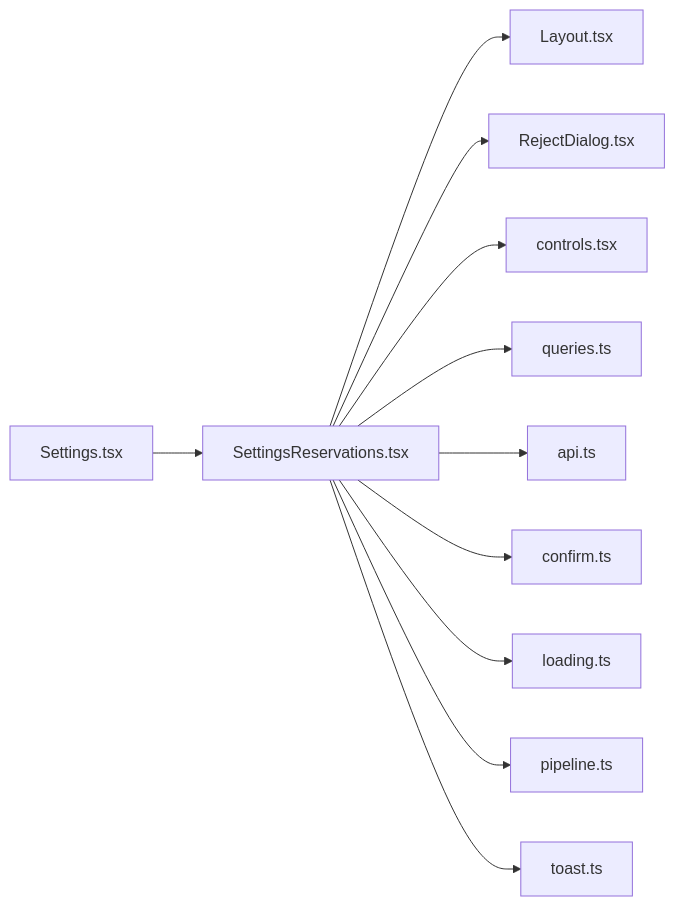
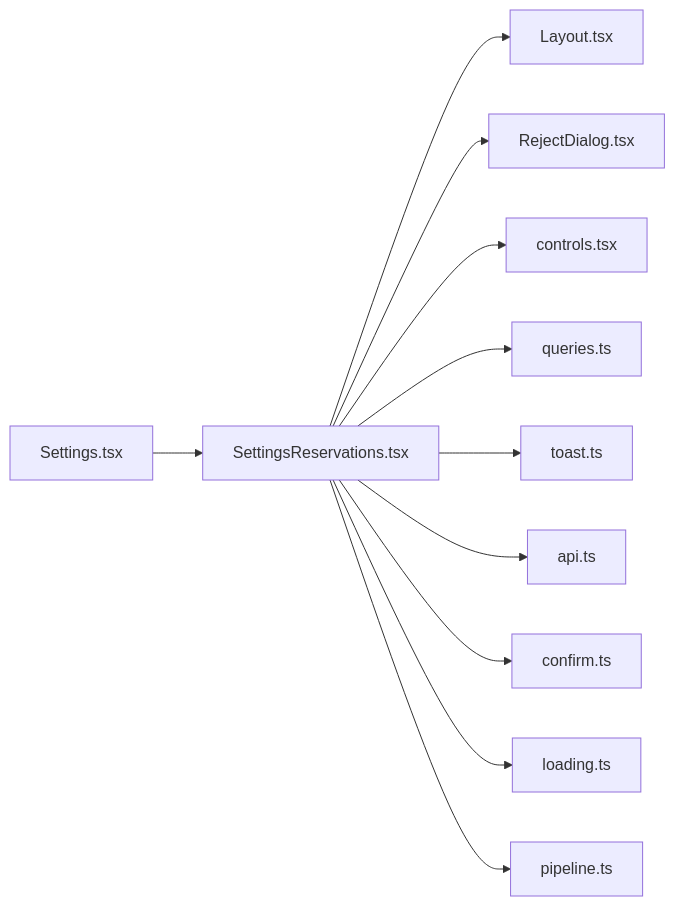
Before and after one commit to minkong-dev/Banblit: the diagram in .cluedoc/graph/frontend/src/routes/SettingsReservations.md, drawn with Mermaid. The commit also changed other lines of this file and 47 other files, not shown here.

Commit message:
frontend: move toast into components

````diff
--- a/.cluedoc/graph/frontend/src/routes/SettingsReservations.md
+++ b/.cluedoc/graph/frontend/src/routes/SettingsReservations.md
@@ -10,14 +10,14 @@
 ```mermaid
 flowchart LR
   frontend_src_routes_SettingsReservations["SettingsReservations.tsx"]
   frontend_src_routes_SettingsReservations --> frontend_src_components_Layout["Layout.tsx"]
   frontend_src_routes_SettingsReservations --> frontend_src_components_RejectDialog["RejectDialog.tsx"]
   frontend_src_routes_SettingsReservations --> frontend_src_components_controls["controls.tsx"]
   frontend_src_routes_SettingsReservations --> frontend_src_components_queries["queries.ts"]
+  frontend_src_routes_SettingsReservations --> frontend_src_components_toast["toast.ts"]
   frontend_src_routes_SettingsReservations --> frontend_src_lib_api["api.ts"]
   frontend_src_routes_SettingsReservations --> frontend_src_lib_confirm["confirm.ts"]
   frontend_src_routes_SettingsReservations --> frontend_src_lib_loading["loading.ts"]
   frontend_src_routes_SettingsReservations --> frontend_src_lib_pipeline["pipeline.ts"]
-  frontend_src_routes_SettingsReservations --> frontend_src_lib_toast["toast.ts"]
   frontend_src_routes_Settings["Settings.tsx"] --> frontend_src_routes_SettingsReservations
 ```
````
